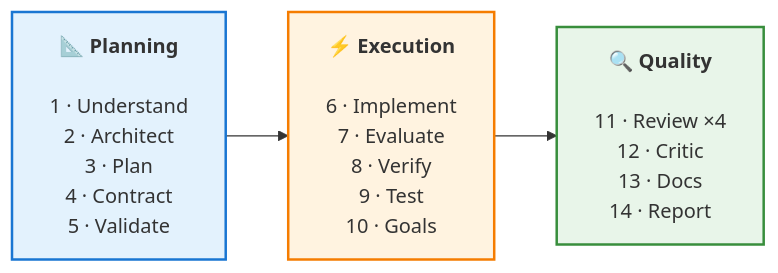
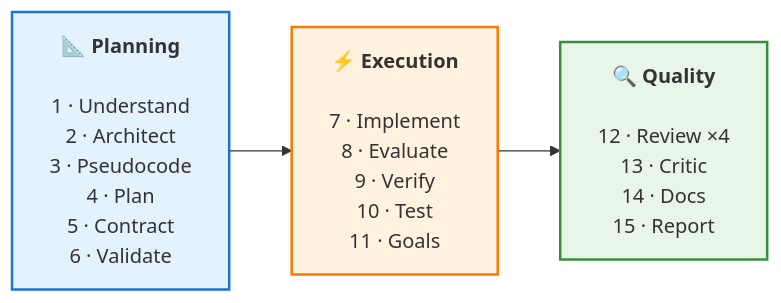
One commit to RaNDoM6913/claude-code-superkit changed the diagram in README.md. Above: the diagram before and after it, drawn with Mermaid. The commit also changed other lines of this file and 15 other files, not shown here.

````diff
--- a/README.md
+++ b/README.md
@@ -92,12 +92,12 @@
 ```mermaid
 graph LR
     P -->|" "| E -->|" "| Q
 
-    P["📐 <b>Planning</b><br/><br/>1 · Understand<br/>2 · Architect<br/>3 · Plan<br/>4 · Contract<br/>5 · Validate"]
-    E["⚡ <b>Execution</b><br/><br/>6 · Implement<br/>7 · Evaluate<br/>8 · Verify<br/>9 · Test<br/>10 · Goals"]
-    Q["🔍 <b>Quality</b><br/><br/>11 · Review ×4<br/>12 · Critic<br/>13 · Docs<br/>14 · Report"]
+    P["📐 <b>Planning</b><br/><br/>1 · Understand<br/>2 · Architect<br/>3 · Pseudocode<br/>4 · Plan<br/>5 · Contract<br/>6 · Validate"]
+    E["⚡ <b>Execution</b><br/><br/>7 · Implement<br/>8 · Evaluate<br/>9 · Verify<br/>10 · Test<br/>11 · Goals"]
+    Q["🔍 <b>Quality</b><br/><br/>12 · Review ×4<br/>13 · Critic<br/>14 · Docs<br/>15 · Report"]
 
     style P fill:#e3f2fd,stroke:#1976D2,stroke-width:2px,color:#333
     style E fill:#fff3e0,stroke:#F57C00,stroke-width:2px,color:#333
     style Q fill:#e8f5e9,stroke:#388E3C,stroke-width:2px,color:#333
 ```
````
